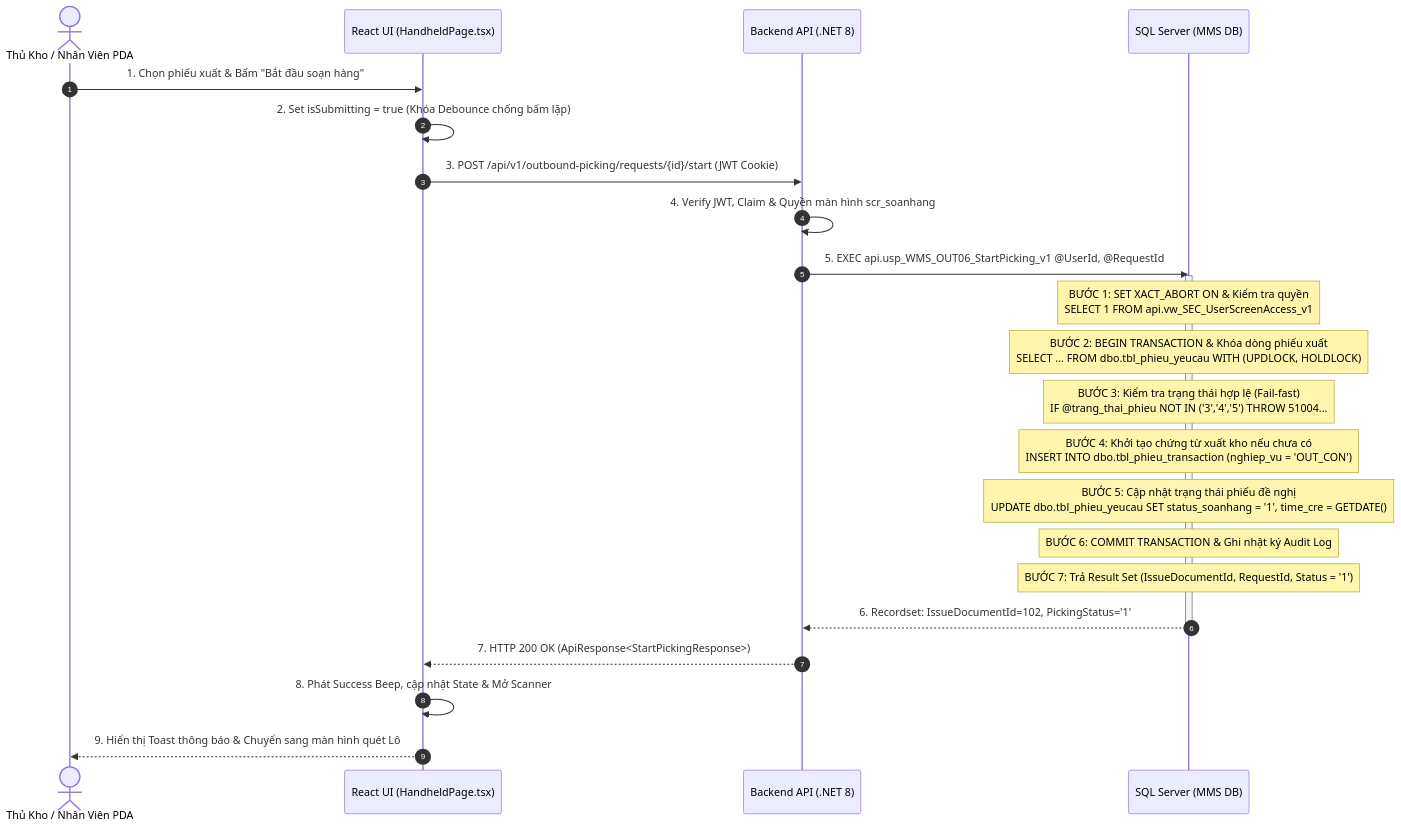
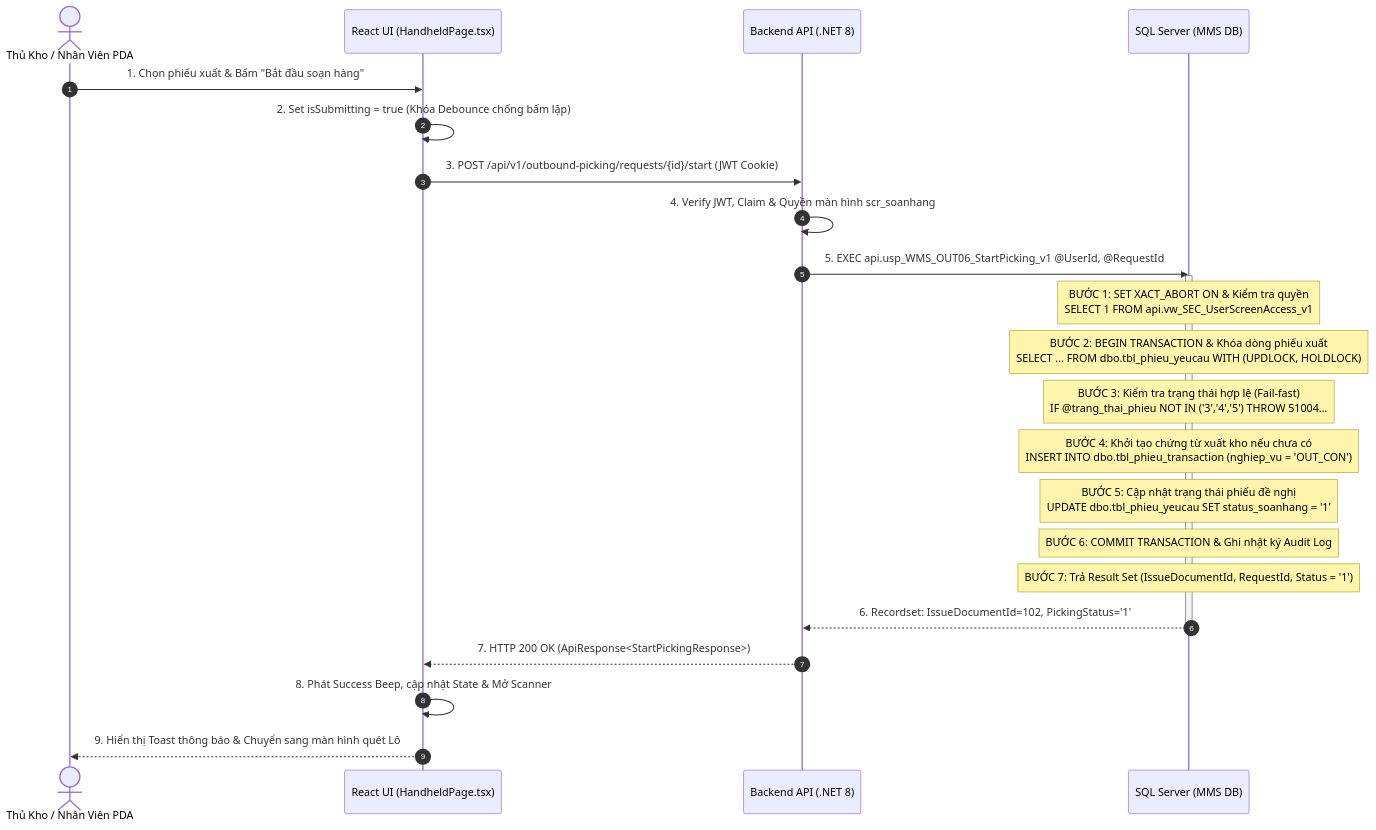
One commit to Sohoa-KNSG/mms changed the second of 4 diagrams in docs/03-use-cases/UC-22_OUT-06.md. Above: the diagram before and after it, drawn with Mermaid. The commit also changed other lines of this file and 10 other files, not shown here.

Commit message:
fix(db): remove all time_cre updates across Stored Procedures & docs, time_cre is strictly immutable creation timestamp defaulting to GETDATE() on INSERT

````diff
--- a/docs/03-use-cases/UC-22_OUT-06.md
+++ b/docs/03-use-cases/UC-22_OUT-06.md
@@ -510,30 +510,30 @@
 ```mermaid
 sequenceDiagram
     autonumber
     actor User as Thủ Kho / Nhân Viên PDA
     participant UI as React UI (HandheldPage.tsx)
     participant API as Backend API (.NET 8)
     participant DB as SQL Server (MMS DB)
 
     User->>UI: 1. Chọn phiếu xuất & Bấm "Bắt đầu soạn hàng"
     UI->>UI: 2. Set isSubmitting = true (Khóa Debounce chống bấm lặp)
     UI->>API: 3. POST /api/v1/outbound-picking/requests/{id}/start (JWT Cookie)
     
     API->>API: 4. Verify JWT, Claim & Quyền màn hình scr_soanhang
     API->>DB: 5. EXEC api.usp_WMS_OUT06_StartPicking_v1 @UserId, @RequestId
     
     activate DB
     Note over DB: BƯỚC 1: SET XACT_ABORT ON & Kiểm tra quyền<br/>SELECT 1 FROM api.vw_SEC_UserScreenAccess_v1
     Note over DB: BƯỚC 2: BEGIN TRANSACTION & Khóa dòng phiếu xuất<br/>SELECT ... FROM dbo.tbl_phieu_yeucau WITH (UPDLOCK, HOLDLOCK)
     Note over DB: BƯỚC 3: Kiểm tra trạng thái hợp lệ (Fail-fast)<br/>IF @trang_thai_phieu NOT IN ('3','4','5') THROW 51004...
     Note over DB: BƯỚC 4: Khởi tạo chứng từ xuất kho nếu chưa có<br/>INSERT INTO dbo.tbl_phieu_transaction (nghiep_vu = 'OUT_CON')
-    Note over DB: BƯỚC 5: Cập nhật trạng thái phiếu đề nghị<br/>UPDATE dbo.tbl_phieu_yeucau SET status_soanhang = '1', time_cre = GETDATE()
+    Note over DB: BƯỚC 5: Cập nhật trạng thái phiếu đề nghị<br/>UPDATE dbo.tbl_phieu_yeucau SET status_soanhang = '1'
     Note over DB: BƯỚC 6: COMMIT TRANSACTION & Ghi nhật ký Audit Log
     Note over DB: BƯỚC 7: Trả Result Set (IssueDocumentId, RequestId, Status = '1')
     DB-->>API: 6. Recordset: IssueDocumentId=102, PickingStatus='1'
     deactivate DB
 
     API-->>UI: 7. HTTP 200 OK (ApiResponse<StartPickingResponse>)
     UI->>UI: 8. Phát Success Beep, cập nhật State & Mở Scanner
     UI-->>User: 9. Hiển thị Toast thông báo & Chuyển sang màn hình quét Lô
 ```
````
